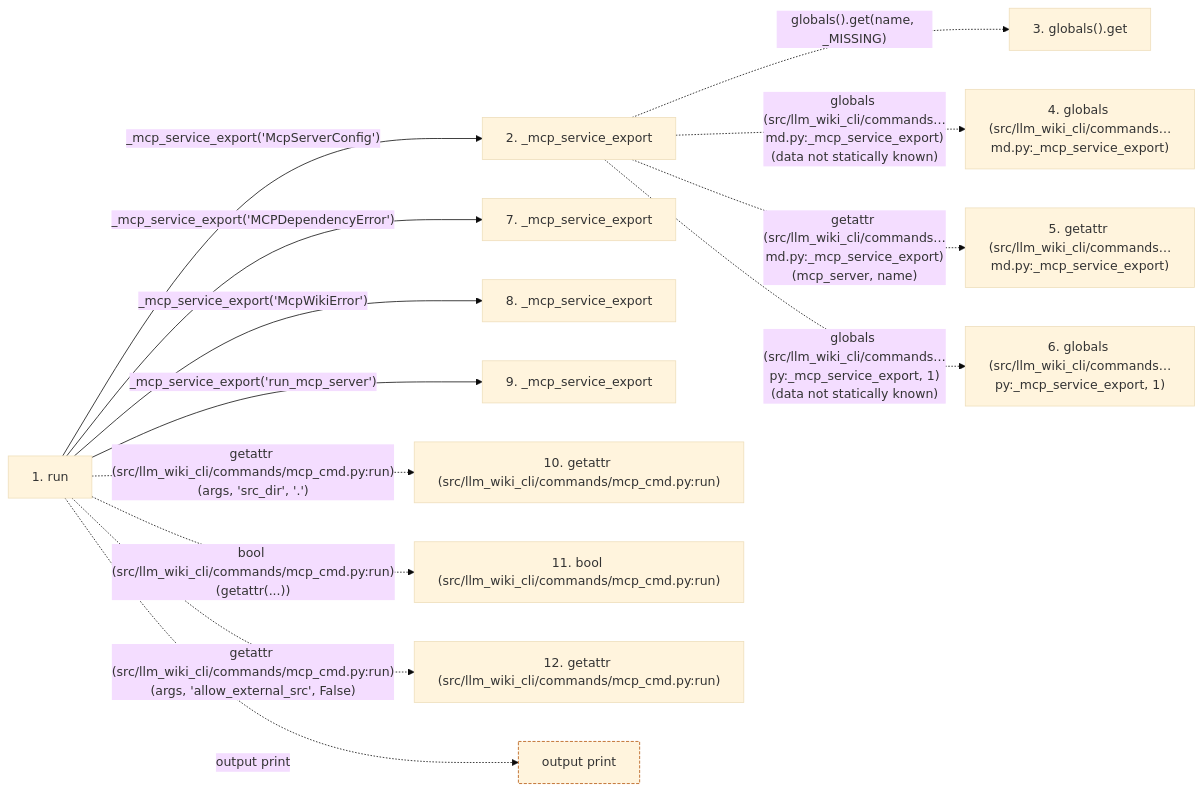
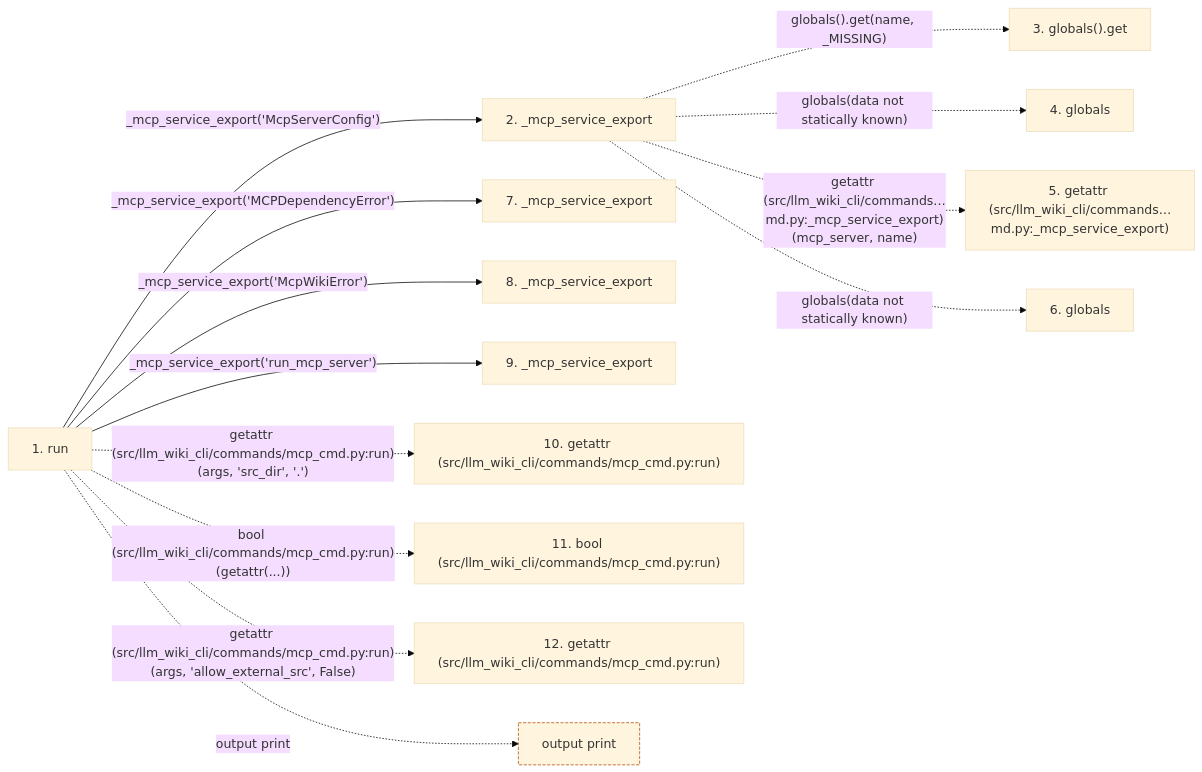
One commit to Denissvgn/python-wiki-llm changed the second of 2 diagrams in docs/llm_wiki/flows/cli-mcp.md. Above: the diagram before and after it, drawn with Mermaid (base theme). The commit also changed other lines of this file and 554 other files, not shown here.

````diff
--- a/docs/llm_wiki/flows/cli-mcp.md
+++ b/docs/llm_wiki/flows/cli-mcp.md
@@ -85,35 +85,35 @@
 ```mermaid
 flowchart LR
     s1["1. run"]
     s2["2. _mcp_service_export"]
     s3["3. globals().get"]
-    s4["4. globals (src/llm_wiki_cli/commands…md.py:_mcp_service_export)"]
+    s4["4. globals"]
     s5["5. getattr (src/llm_wiki_cli/commands…md.py:_mcp_service_export)"]
-    s6["6. globals (src/llm_wiki_cli/commands…py:_mcp_service_export, 1)"]
+    s6["6. globals"]
     s7["7. _mcp_service_export"]
     s8["8. _mcp_service_export"]
     s9["9. _mcp_service_export"]
     s10["10. getattr (src/llm_wiki_cli/commands/mcp_cmd.py:run)"]
     s11["11. bool (src/llm_wiki_cli/commands/mcp_cmd.py:run)"]
     s12["12. getattr (src/llm_wiki_cli/commands/mcp_cmd.py:run)"]
     s1 -->|"_mcp_service_export('McpServerConfig')"| s2
     s2 -. "globals().get(name, _MISSING)" .-> s3
-    s2 -. "globals (src/llm_wiki_cli/commands…md.py:_mcp_service_export)(data not statically known)" .-> s4
+    s2 -. "globals(data not statically known)" .-> s4
     s2 -. "getattr (src/llm_wiki_cli/commands…md.py:_mcp_service_export)(mcp_server, name)" .-> s5
-    s2 -. "globals (src/llm_wiki_cli/commands…py:_mcp_service_export, 1)(data not statically known)" .-> s6
+    s2 -. "globals(data not statically known)" .-> s6
     s1 -->|"_mcp_service_export('MCPDependencyError')"| s7
     s1 -->|"_mcp_service_export('McpWikiError')"| s8
     s1 -->|"_mcp_service_export('run_mcp_server')"| s9
     s1 -. "getattr (src/llm_wiki_cli/commands/mcp_cmd.py:run)(args, 'src_dir', '.')" .-> s10
     s1 -. "bool (src/llm_wiki_cli/commands/mcp_cmd.py:run)(getattr(...))" .-> s11
     s1 -. "getattr (src/llm_wiki_cli/commands/mcp_cmd.py:run)(args, 'allow_external_src', False)" .-> s12
     b0["output print"]
     s1 -. "output print" .-> b0
     click s1 "../modules/mcp_cmd.md"
     click s2 "../modules/mcp_cmd.md"
     click s7 "../modules/mcp_cmd.md"
     click s8 "../modules/mcp_cmd.md"
     click s9 "../modules/mcp_cmd.md"
     classDef boundary stroke:#b45309,stroke-dasharray: 4 2
     class b0 boundary
 ```
````
